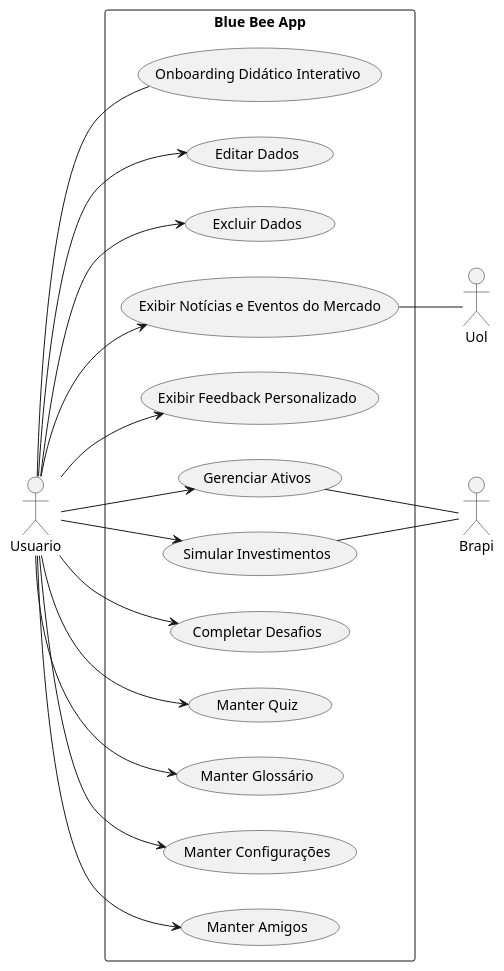
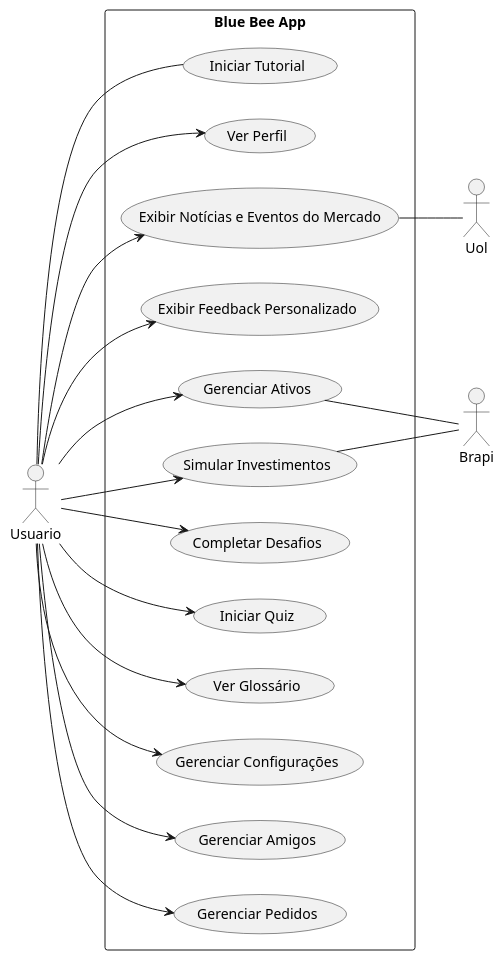
The diagram in casosdeuso.wsd (pedrOfsilveira/diagramas), drawn with PlantUML before and after one commit. The commit also changed 14 other files, not shown here.

```diff
--- a/casosdeuso.wsd
+++ b/casosdeuso.wsd
@@ -1,46 +1,47 @@
 @startuml
 left to right direction
 :Usuario:
 
 rectangle "Blue Bee App" {
-    usecase "Onboarding Didático Interativo" as C1
-    usecase "Editar Dados" as C2
-    usecase "Excluir Dados" as C3
-    usecase "Exibir Notícias e Eventos do Mercado" as C4
-    usecase "Exibir Feedback Personalizado" as C5
-    usecase "Gerenciar Ativos" as C6
-    usecase "Simular Investimentos" as C7
-    usecase "Completar Desafios" as C8
-    usecase "Manter Quiz" as C9
-    usecase "Manter Glossário" as C10
-    usecase "Manter Configurações" as C11
-    usecase "Manter Amigos" as C12
-    ' (Editar Dados) .> C2 :include
-    ' (Excluir Conta) .> C2 :include
-    ' (Comprar Ativos) .> C5 :include
-    ' (Vender Ativos) .> C5 :include
-    ' (Pesquisar Palavra) .> C9 :include
+    usecase "Iniciar Tutorial" as IniciarTutorial
+    usecase "Ver Perfil" as VerPerfil
+    usecase "Exibir Notícias e Eventos do Mercado" as ExibirNoticiasEventos
+    usecase "Exibir Feedback Personalizado" as ExibirFeedback
+    usecase "Gerenciar Ativos" as GerenciarAtivos
+    usecase "Simular Investimentos" as SimularInvestimentos
+    usecase "Completar Desafios" as CompletarDesafios
+    usecase "Iniciar Quiz" as IniciarQuiz
+    usecase "Ver Glossário" as VerGlossario
+    usecase "Gerenciar Configurações" as GerenciarConfiguracoes
+    usecase "Gerenciar Amigos" as GerenciarAmigos
+    usecase "Gerenciar Pedidos" as GerenciarPedidos
+    ' falta no diagrama de atividades:
+        ' Exibir Notícias e Eventos do Mercado
+        ' Exibir Feedback Personalizado
+        ' Completar Desafios
+        ' Iniciar Quiz
+        ' Gerenciar Configurações
 }
 
 :Uol:
 :Brapi:
 
-Usuario -- C1
-Usuario --> C2
-Usuario --> C3
-Usuario --> C4
-Usuario --> C5
-Usuario --> C6
-Usuario --> C7
-Usuario --> C8
-Usuario --> C9
-Usuario --> C10
-Usuario --> C11
-Usuario --> C12
+Usuario -- IniciarTutorial
+Usuario --> VerPerfil
+Usuario --> ExibirNoticiasEventos
+Usuario --> ExibirFeedback
+Usuario --> GerenciarAtivos
+Usuario --> SimularInvestimentos
+Usuario --> CompletarDesafios
+Usuario --> IniciarQuiz
+Usuario --> VerGlossario
+Usuario --> GerenciarConfiguracoes
+Usuario --> GerenciarAmigos
+Usuario --> GerenciarPedidos
 
-C4 -- Uol
+ExibirNoticiasEventos -- Uol
 
-C6 -- Brapi
-C7 -- Brapi
+GerenciarAtivos -- Brapi 
+SimularInvestimentos -- Brapi 
 
 @enduml
```
